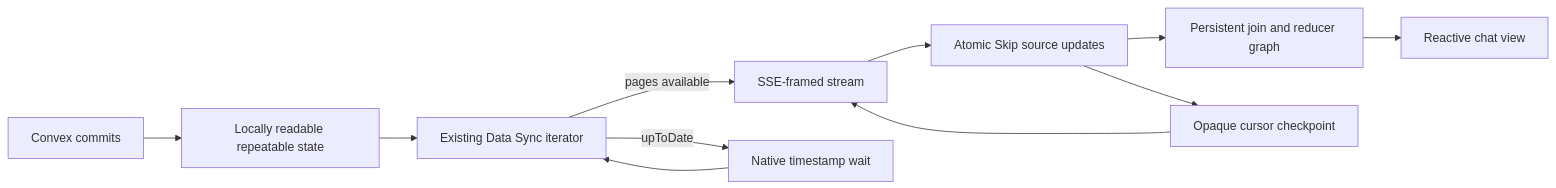
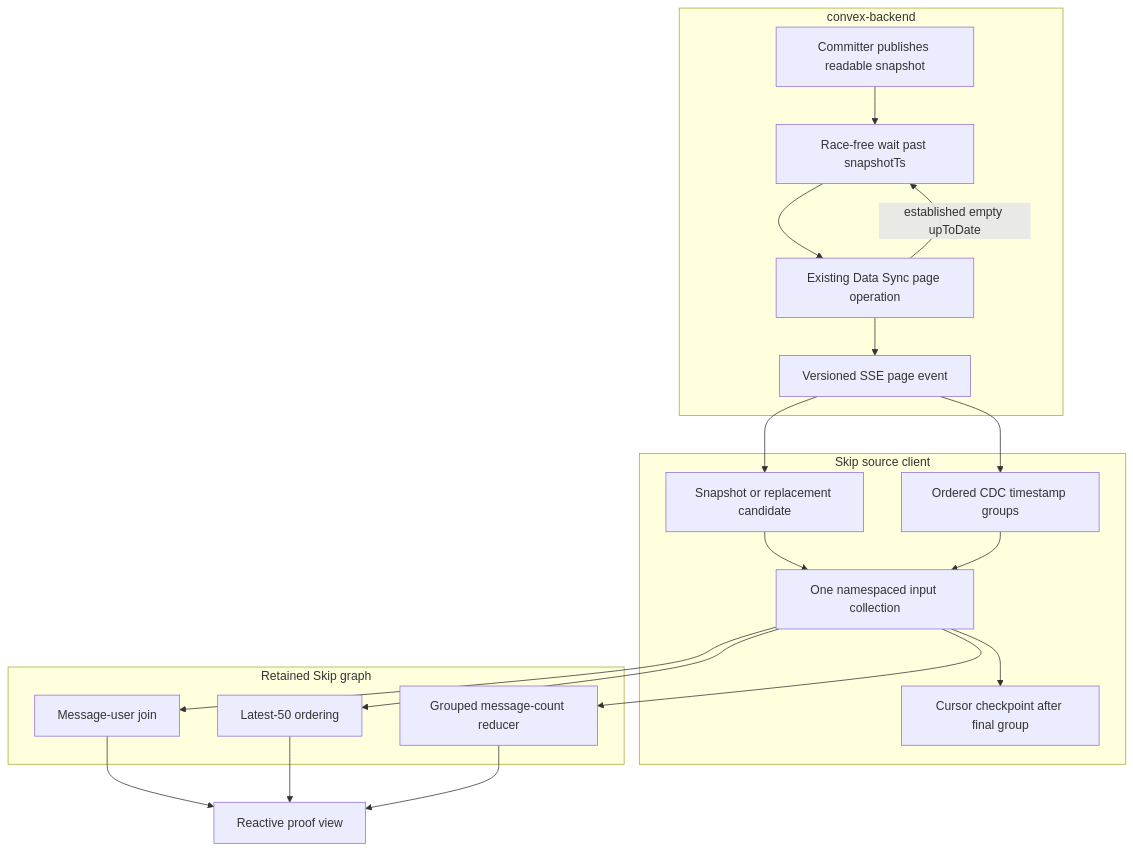
One commit to billf/convex-backend changed the first of 3 diagrams in docs/plans/2026-09-10-1854-feat-skip-data-sync-push-source-spike-plan.md. Above: the diagram before and after it, drawn with Mermaid. The commit also changed other lines of this file, not shown here.

First line of the commit message:
Make the Skip Data Sync push spike implementation-ready

````diff
--- a/docs/plans/2026-09-10-1854-feat-skip-data-sync-push-source-spike-plan.md
+++ b/docs/plans/2026-09-10-1854-feat-skip-data-sync-push-source-spike-plan.md
@@ -58,13 +313,24 @@
 ```mermaid
-flowchart LR
-  W[Convex commits] --> R[Locally readable repeatable state]
-  R --> D[Existing Data Sync iterator]
-  D -->|pages available| E[SSE-framed stream]
-  D -->|upToDate| N[Native timestamp wait]
-  N --> D
-  E --> A[Atomic Skip source updates]
-  A --> G[Persistent join and reducer graph]
-  G --> V[Reactive chat view]
-  C[Opaque cursor checkpoint] --> E
-  A --> C
+flowchart TB
+  subgraph CB[convex-backend]
+    C[Committer publishes readable snapshot] --> W[Race-free wait past snapshotTs]
+    W --> P[Existing Data Sync page operation]
+    P --> X[Versioned SSE page event]
+    P -->|established empty upToDate| W
+  end
+  subgraph SC[Skip source client]
+    X --> S[Snapshot or replacement candidate]
+    X --> T[Ordered CDC timestamp groups]
+    S --> I[One namespaced input collection]
+    T --> I
+    I --> Q[Cursor checkpoint after final group]
+  end
+  subgraph SG[Retained Skip graph]
+    I --> J[Message-user join]
+    I --> O[Latest-50 ordering]
+    I --> R[Grouped message-count reducer]
+  end
+  J --> V[Reactive proof view]
+  O --> V
+  R --> V
 ```
````
